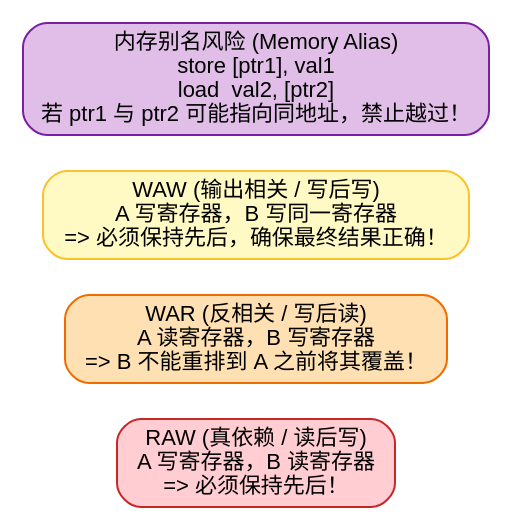
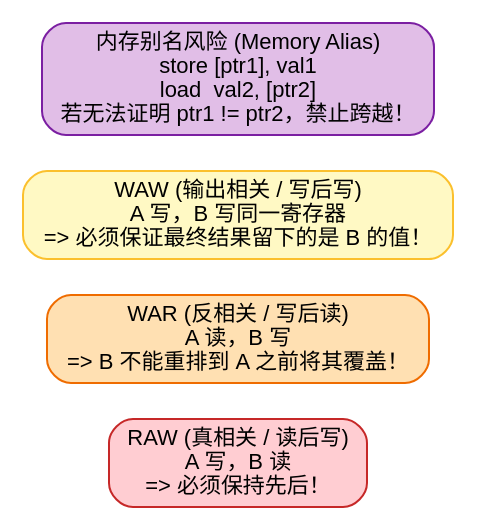
The fifth of 16 diagrams in src/content/posts/compiler-instruction-scheduling-and-numerical-semantics-contract-guide.md (hqu-little-boy/blog), drawn with Graphviz before and after one commit. The commit also changed other lines of this file, not shown here.

Commit message:
feat: expand compiler scheduling guide to cover 6 heterogeneous accelerator architectures (GPU/VLIW/DSP/Systolic/CGRA/RVV)

````diff
--- a/src/content/posts/compiler-instruction-scheduling-and-numerical-semantics-contract-guide.md
+++ b/src/content/posts/compiler-instruction-scheduling-and-numerical-semantics-contract-guide.md
@@ -319,12 +304,12 @@
 ```dot
 digraph HazardDependencies {
     rankdir=LR;
     node [fontname="Helvetica,Arial,sans-serif", fontsize=11, shape=box, style="rounded,filled", fillcolor="#f0f4f8", color="#90a4ae"];
     edge [fontname="Helvetica,Arial,sans-serif", fontsize=10];
 
-    raw [label="RAW (真依赖 / 读后写)\nA 写寄存器，B 读寄存器\n=> 必须保持先后！", fillcolor="#ffcdd2", color="#c62828"];
-    war [label="WAR (反相关 / 写后读)\nA 读寄存器，B 写寄存器\n=> B 不能重排到 A 之前将其覆盖！", fillcolor="#ffe0b2", color="#ef6c00"];
-    waw [label="WAW (输出相关 / 写后写)\nA 写寄存器，B 写同一寄存器\n=> 必须保持先后，确保最终结果正确！", fillcolor="#fff9c4", color="#fbc02d"];
-    alias [label="内存别名风险 (Memory Alias)\nstore [ptr1], val1\nload  val2, [ptr2]\n若 ptr1 与 ptr2 可能指向同地址，禁止越过！", fillcolor="#e1bee7", color="#7b1fa2"];
+    raw [label="RAW (真相关 / 读后写)\nA 写，B 读\n=> 必须保持先后！", fillcolor="#ffcdd2", color="#c62828"];
+    war [label="WAR (反相关 / 写后读)\nA 读，B 写\n=> B 不能重排到 A 之前将其覆盖！", fillcolor="#ffe0b2", color="#ef6c00"];
+    waw [label="WAW (输出相关 / 写后写)\nA 写，B 写同一寄存器\n=> 必须保证最终结果留下的是 B 的值！", fillcolor="#fff9c4", color="#fbc02d"];
+    alias [label="内存别名风险 (Memory Alias)\nstore [ptr1], val1\nload  val2, [ptr2]\n若无法证明 ptr1 != ptr2，禁止跨越！", fillcolor="#e1bee7", color="#7b1fa2"];
 }
 ```
````
